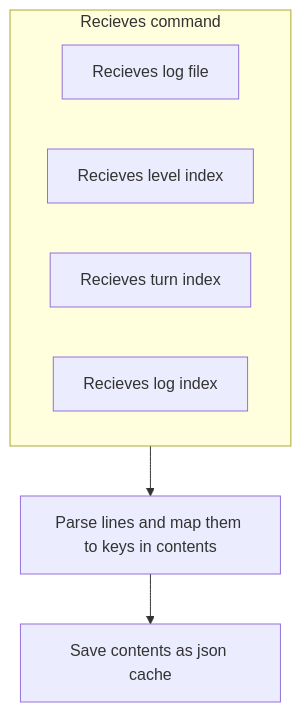
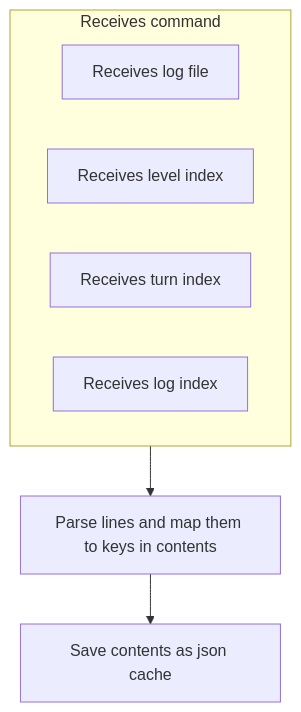
One commit to SuperMeister808/starter-snake-python changed the first of 2 diagrams in tools/log_analyzer/README.md. Above: the diagram before and after it, drawn with Mermaid. The commit also changed other lines of this file, not shown here.

Commit message:
~/tools/log_analyzer/REAME.md/How it works: redesigned branch structure of analyse_errors flowchart

````diff
--- a/tools/log_analyzer/README.md
+++ b/tools/log_analyzer/README.md
@@ -37,12 +37,12 @@
 ```mermaid
 flowchart TD
 
-subgraph A[Recieves command]
-    B[Recieves log file]
-    C[Recieves level index]
-    D[Recieves turn index]
-    E[Recieves log index]
+subgraph A[Receives command]
+    B[Receives log file]
+    C[Receives level index]
+    D[Receives turn index]
+    E[Receives log index]
 end
 A --> F[Parse lines and map them to keys in contents]
 F --> G[Save contents as json cache]
 ```
````
